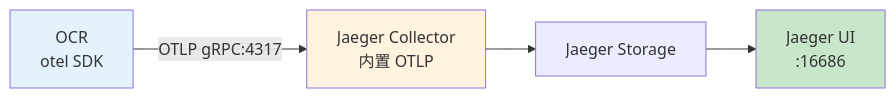
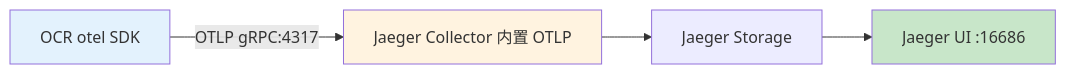
Before and after one commit to awesome-flexloop/awesome-okf: the ninth of 10 diagrams in doc/bundles/jishu/ai/products/open-code-review/concepts/05-session-telemetry.md, drawn with Mermaid. The commit also changed other lines of this file and 10 other files, not shown here.

First line of the commit message:
docs(bundle): 清偿 Open Code Review 存量 Mermaid 违规避免规范漂移累积

````diff
--- a/doc/bundles/jishu/ai/products/open-code-review/concepts/05-session-telemetry.md
+++ b/doc/bundles/jishu/ai/products/open-code-review/concepts/05-session-telemetry.md
@@ -555,10 +544,9 @@
 ```mermaid
 flowchart LR
-    OCR["OCR<br/>otel SDK"] -->|OTLP gRPC:4317| COLL["Jaeger Collector<br/>内置 OTLP"]
+    OCR["OCR otel SDK"] -->|"OTLP gRPC:4317"| COLL["Jaeger Collector 内置 OTLP"]
     COLL --> STORE["Jaeger Storage"]
-    STORE --> UI["Jaeger UI<br/>:16686"]
-
+    STORE --> UI["Jaeger UI :16686"]
     style OCR fill:#e3f2fd
     style COLL fill:#fff3e0
     style UI fill:#c8e6c9
 ```
````
